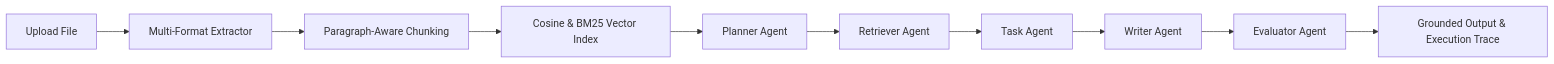
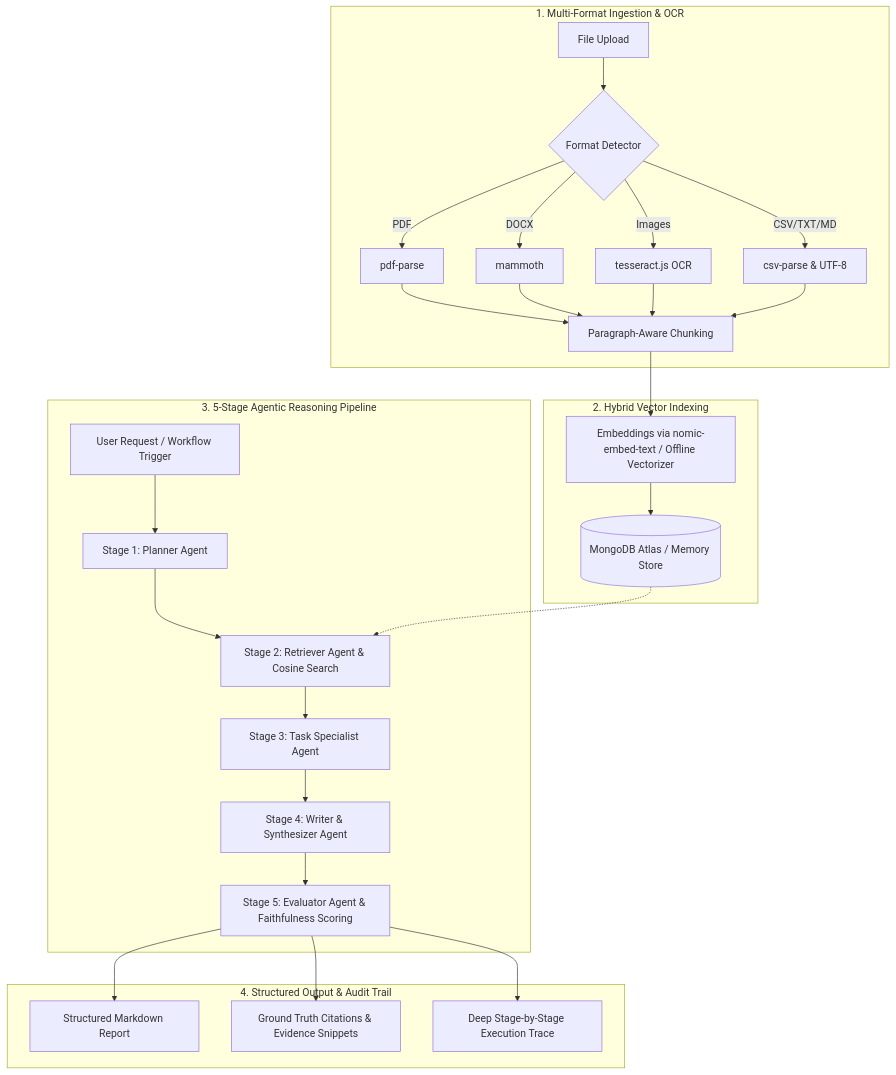
One commit to manikanta-2310/NeuroFlow-AI changed the diagram in README.md. Above: the diagram before and after it, drawn with Mermaid. The commit also changed other lines of this file, not shown here.

Commit message:
docs: publish comprehensive production README with live demo links, architecture diagram, API reference, and test suite

````diff
--- a/README.md
+++ b/README.md
@@ -17,12 +31,32 @@
 ```mermaid
-flowchart LR
-    A[Upload File] --> B[Multi-Format Extractor]
-    B --> C[Paragraph-Aware Chunking]
-    C --> D[Cosine & BM25 Vector Index]
-    D --> E[Planner Agent]
-    E --> F[Retriever Agent]
-    F --> G[Task Agent]
-    G --> H[Writer Agent]
-    H --> I[Evaluator Agent]
-    I --> J[Grounded Output & Execution Trace]
+flowchart TD
+    subgraph Ingestion["1. Multi-Format Ingestion & OCR"]
+        A[File Upload] --> B{Format Detector}
+        B -->|PDF| C1[pdf-parse]
+        B -->|DOCX| C2[mammoth]
+        B -->|Images| C3[tesseract.js OCR]
+        B -->|CSV/TXT/MD| C4[csv-parse & UTF-8]
+        C1 & C2 & C3 & C4 --> D[Paragraph-Aware Chunking]
+    end
+
+    subgraph Indexing["2. Hybrid Vector Indexing"]
+        D --> E[Embeddings via nomic-embed-text / Offline Vectorizer]
+        E --> F[(MongoDB Atlas / Memory Store)]
+    end
+
+    subgraph AgenticWorkflow["3. 5-Stage Agentic Reasoning Pipeline"]
+        G[User Request / Workflow Trigger] --> H[Stage 1: Planner Agent]
+        H --> I[Stage 2: Retriever Agent & Cosine Search]
+        I --> J[Stage 3: Task Specialist Agent]
+        J --> K[Stage 4: Writer & Synthesizer Agent]
+        K --> L[Stage 5: Evaluator Agent & Faithfulness Scoring]
+    end
+
+    subgraph Output["4. Structured Output & Audit Trail"]
+        L --> M[Structured Markdown Report]
+        L --> N[Ground Truth Citations & Evidence Snippets]
+        L --> O[Deep Stage-by-Stage Execution Trace]
+    end
+
+    F -.-> I
 ```
````
